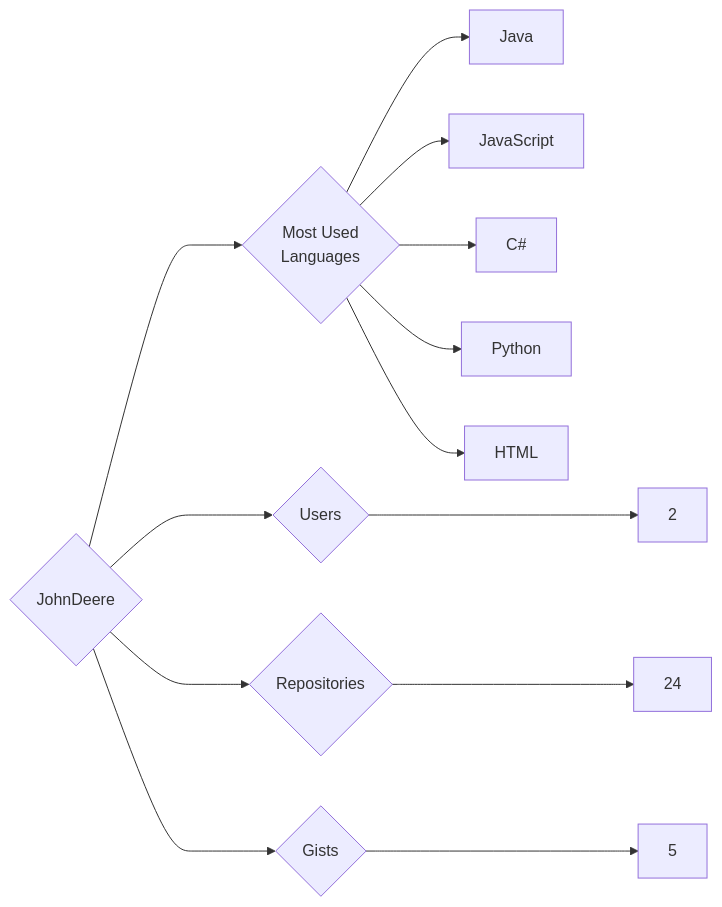
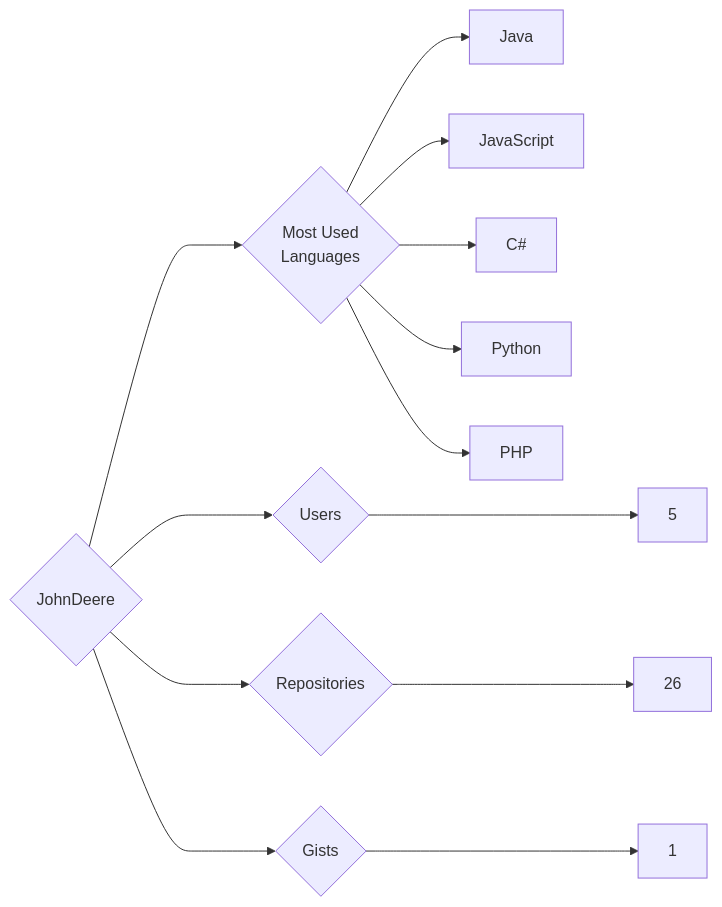
The diagram in targets/JohnDeere/README.md (trickest/insiders), drawn with Mermaid before and after one commit. The commit also changed 888 other files, not shown here.

````diff
--- a/targets/JohnDeere/README.md
+++ b/targets/JohnDeere/README.md
@@ -3,13 +3,13 @@
 ```mermaid
 graph LR
 COMPANY_NAME{JohnDeere}
-COMPANY_NAME ---> U{Users} ---> UN[2]
-COMPANY_NAME ---> R{Repositories} ---> RN[24]
-COMPANY_NAME ---> G{Gists} ---> GN[5]
+COMPANY_NAME ---> U{Users} ---> UN[5]
+COMPANY_NAME ---> R{Repositories} ---> RN[26]
+COMPANY_NAME ---> G{Gists} ---> GN[1]
 COMPANY_NAME ---> ML{Most Used<br>Languages}
 ML --> Java[Java]
 ML --> JavaScript[JavaScript]
 ML --> C#[C#]
 ML --> Python[Python]
-ML --> HTML[HTML]
+ML --> PHP[PHP]
 ```
````
